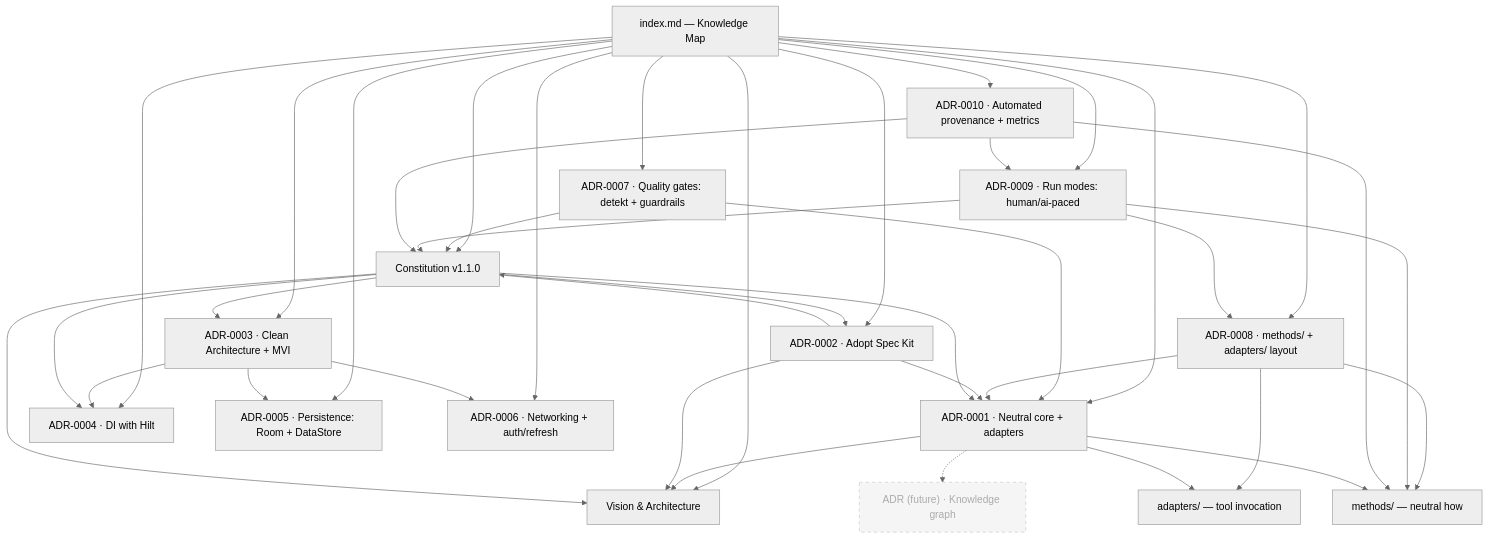
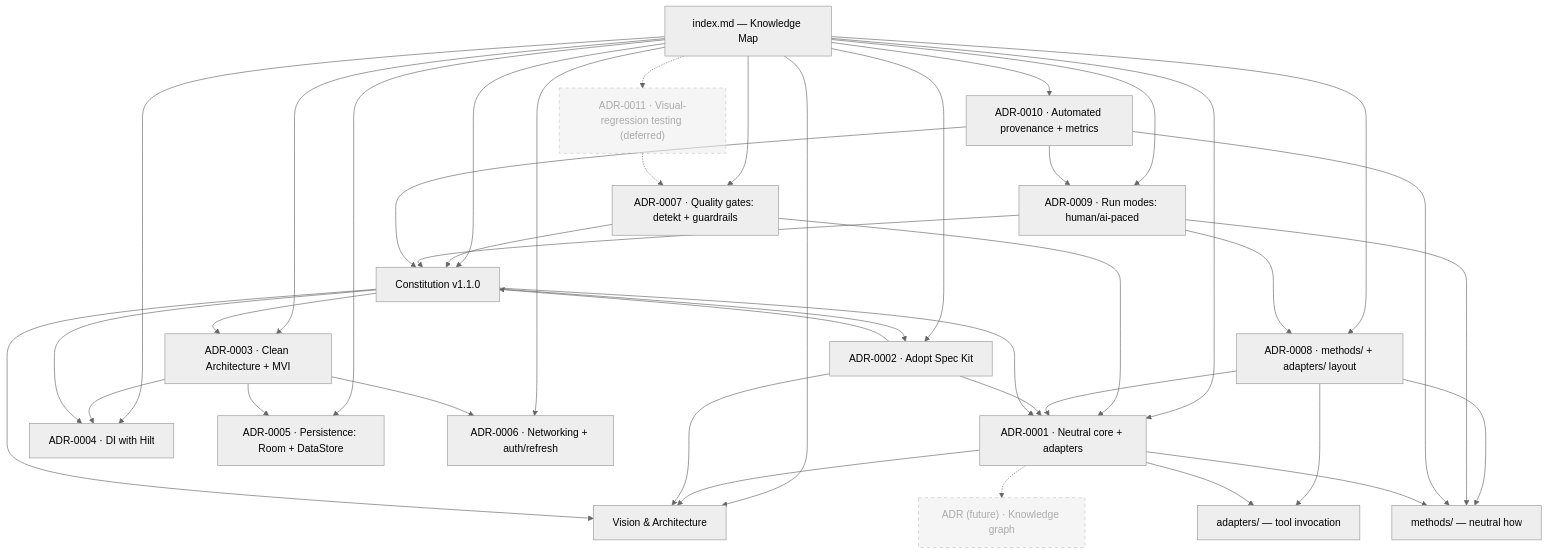
One commit to rodrigosimoesrosa/ai-native-android-development-system changed the diagram in index.md. Above: the diagram before and after it, drawn with Mermaid (neutral theme). The commit also changed other lines of this file and 2 other files, not shown here.

Commit message:
ADR-0011
Provenance-Spec: -
Provenance-Method: manual
Provenance-Agent: human
Provenance-Model: -

````diff
--- a/index.md
+++ b/index.md
@@ -13,60 +13,63 @@
 ```mermaid
 graph TD
     IDX["index.md — Knowledge Map"]
     VIS["Vision & Architecture"]
     CON["Constitution v1.1.0"]
     A1["ADR-0001 · Neutral core + adapters"]
     A2["ADR-0002 · Adopt Spec Kit"]
     A3["ADR-0003 · Clean Architecture + MVI"]
     A4["ADR-0004 · DI with Hilt"]
     A5["ADR-0005 · Persistence: Room + DataStore"]
     A6["ADR-0006 · Networking + auth/refresh"]
     A7["ADR-0007 · Quality gates: detekt + guardrails"]
     A8["ADR-0008 · methods/ + adapters/ layout"]
     A9["ADR-0009 · Run modes: human/ai-paced"]
     A10["ADR-0010 · Automated provenance + metrics"]
+    A11["ADR-0011 · Visual-regression testing (deferred)"]:::todo
     KG["ADR (future) · Knowledge graph"]:::todo
     MET["methods/ — neutral how"]
     ADP["adapters/ — tool invocation"]
 
     IDX --> VIS
     IDX --> CON
     IDX --> A1
     IDX --> A2
     IDX --> A3
     IDX --> A4
     IDX --> A5
     IDX --> A6
     IDX --> A7
     IDX --> A8
     A7 --> A1
     A7 --> CON
     A8 --> A1
     A8 --> MET
     A8 --> ADP
     IDX --> A9
     A9 --> A8
     A9 --> CON
     A9 --> MET
     IDX --> A10
     A10 --> CON
     A10 --> MET
     A10 --> A9
+    IDX -.-> A11
+    A11 -.-> A7
     A1 --> VIS
     A2 --> A1
     A2 --> VIS
     A2 --> CON
     A3 --> A4
     A3 --> A5
     A3 --> A6
     CON --> VIS
     CON --> A1
     CON --> A2
     CON --> A3
     CON --> A4
     A1 --> MET
     A1 --> ADP
     A1 -.-> KG
 
     classDef todo stroke-dasharray: 5 5,opacity:0.55;
 ```
````
